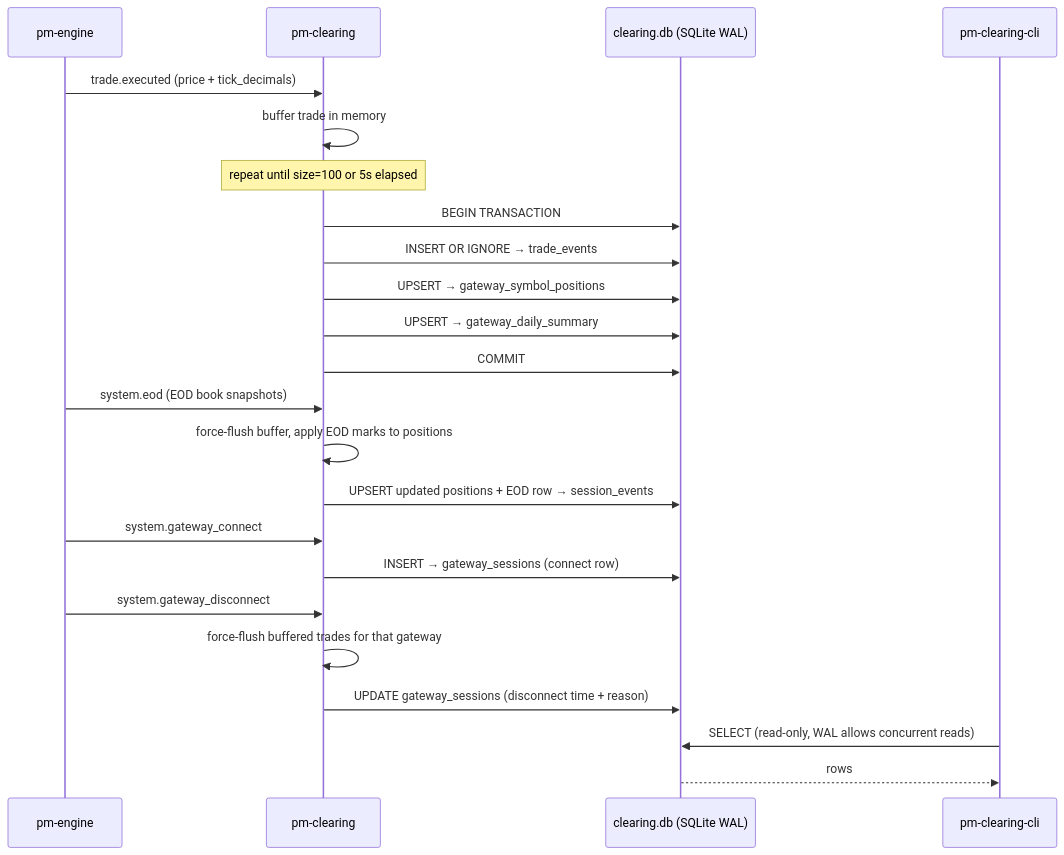
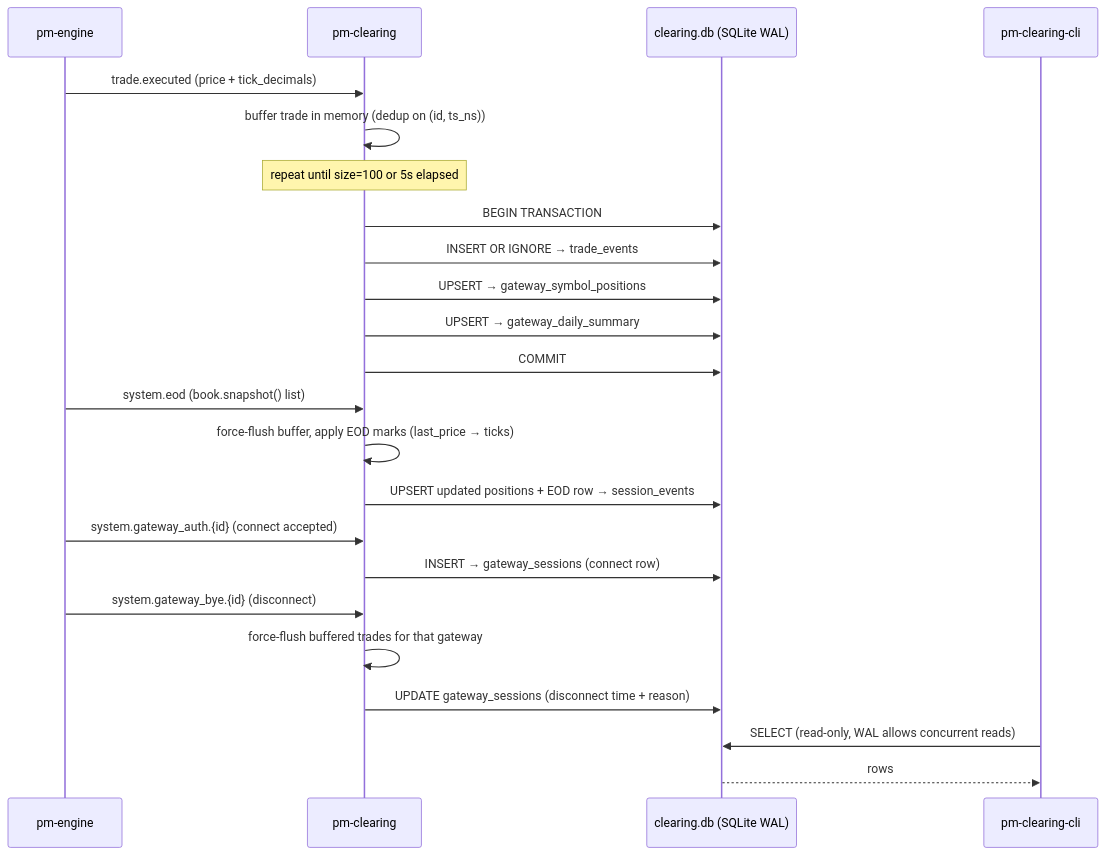
One commit to johan162/EduMatcher changed the first of 2 diagrams in docs/user-guide/07-pnl-clearing.md. Above: the diagram before and after it, drawn with Mermaid. The commit also changed other lines of this file, not shown here.

````diff
--- a/docs/user-guide/07-pnl-clearing.md
+++ b/docs/user-guide/07-pnl-clearing.md
@@ -50,30 +57,30 @@
 ```mermaid
 sequenceDiagram
     participant E  as pm-engine
     participant C  as pm-clearing
     participant DB as clearing.db (SQLite WAL)
     participant Q  as pm-clearing-cli
 
     E->>C: trade.executed (price + tick_decimals)
-    C->>C: buffer trade in memory
+    C->>C: buffer trade in memory (dedup on (id, ts_ns))
     note over C: repeat until size=100 or 5s elapsed
     C->>DB: BEGIN TRANSACTION
     C->>DB: INSERT OR IGNORE → trade_events
     C->>DB: UPSERT → gateway_symbol_positions
     C->>DB: UPSERT → gateway_daily_summary
     C->>DB: COMMIT
 
-    E->>C: system.eod (EOD book snapshots)
-    C->>C: force-flush buffer, apply EOD marks to positions
+    E->>C: system.eod (book.snapshot() list)
+    C->>C: force-flush buffer, apply EOD marks (last_price → ticks)
     C->>DB: UPSERT updated positions + EOD row → session_events
 
-    E->>C: system.gateway_connect
+    E->>C: system.gateway_auth.{id} (connect accepted)
     C->>DB: INSERT → gateway_sessions (connect row)
 
-    E->>C: system.gateway_disconnect
+    E->>C: system.gateway_bye.{id} (disconnect)
     C->>C: force-flush buffered trades for that gateway
     C->>DB: UPDATE gateway_sessions (disconnect time + reason)
 
     Q->>DB: SELECT (read-only, WAL allows concurrent reads)
     DB-->>Q: rows
 ```
````
